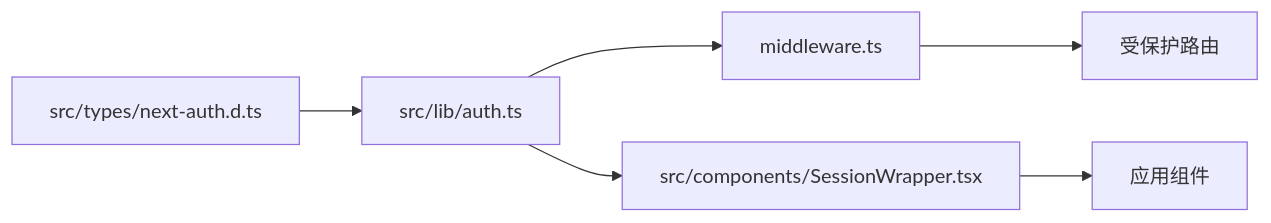
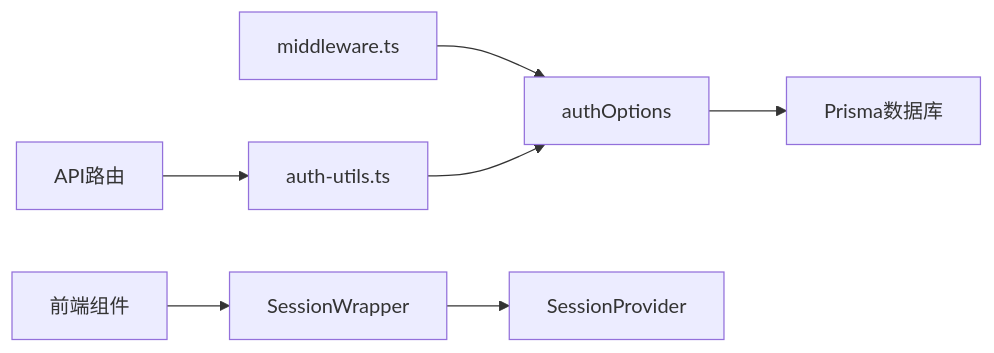
The sixth of 6 diagrams in .qoder/repowiki/zh/content/后端架构/认证系统/会话管理.md (Eyre921/yunqi), drawn with Mermaid before and after one commit. The commit also changed other lines of this file and 24 other files, not shown here.

````diff
--- a/.qoder/repowiki/zh/content/后端架构/认证系统/会话管理.md
+++ b/.qoder/repowiki/zh/content/后端架构/认证系统/会话管理.md
@@ -152,8 +188,9 @@
 ```mermaid
 graph LR
-A[src/types/next-auth.d.ts] --> B[src/lib/auth.ts]
-B --> C[middleware.ts]
-B --> D[src/components/SessionWrapper.tsx]
-D --> E[应用组件]
-C --> F[受保护路由]
+A[middleware.ts] --> B[authOptions]
+C[auth-utils.ts] --> B[authOptions]
+D[API路由] --> C[auth-utils.ts]
+E[SessionWrapper] --> F[SessionProvider]
+G[前端组件] --> E[SessionWrapper]
+B --> H[Prisma数据库]
 ```
````
